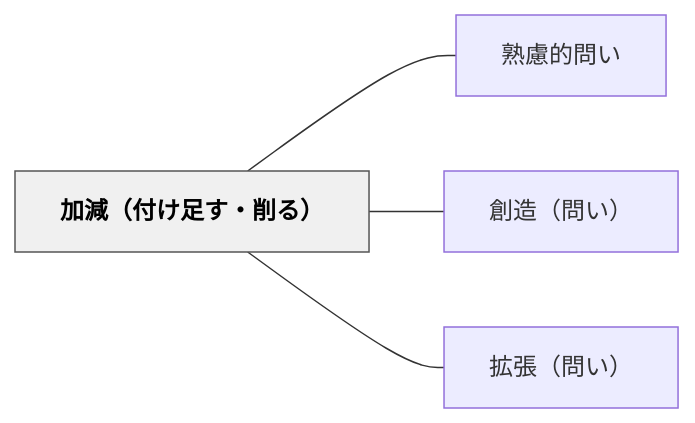
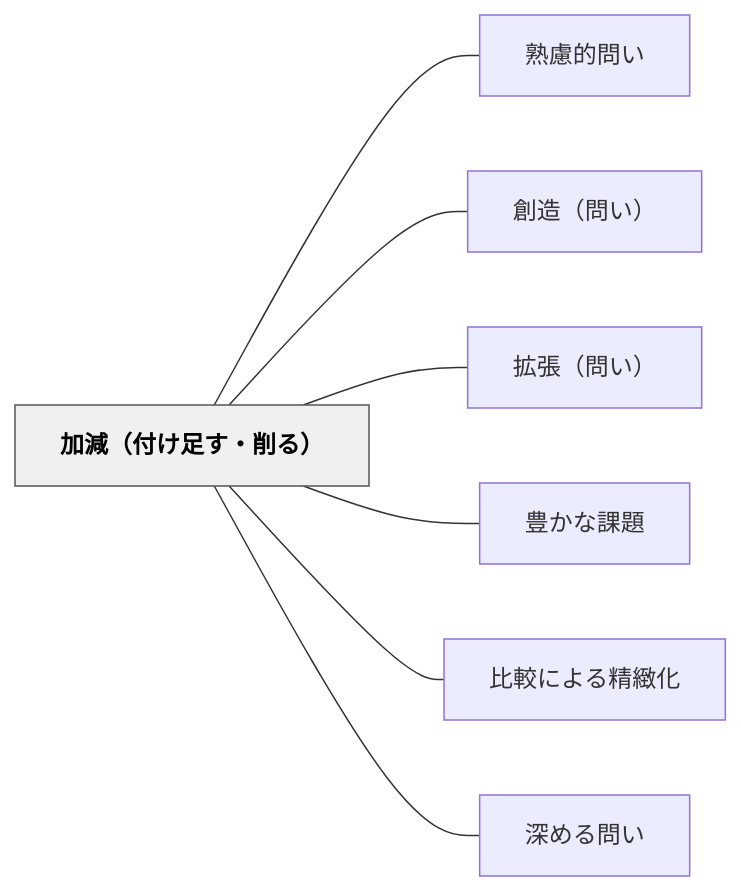
The diagram in content/パタン/加減（付け足す・削る）.md (unknownthings-ed-patterns/unknownthings-ed-patterns), drawn with Mermaid before and after one commit. The commit also changed other lines of this file and 71 other files, not shown here.

````diff
--- a/content/パタン/加減（付け足す・削る）.md
+++ b/content/パタン/加減（付け足す・削る）.md
@@ -40,14 +43,20 @@
 ```mermaid
 flowchart LR
     ne58aa0e6b89befbc88e4bb98e38191e8b6b3e38199e383bbe5898ae3828befbc89["加減（付け足す・削る）"]
     ne7869fe685aee79a84e5958fe38184["熟慮的問い"]
     ne589b5e980a0efbc88e5958fe38184efbc89["創造（問い）"]
     ne68ba1e5bcb5efbc88e5958fe38184efbc89["拡張（問い）"]
+    ne8b18ae3818be381aae8aab2e9a18c["豊かな課題"]
+    ne6af94e8bc83e381abe38288e3828be7b2bee7b7bbe58c96["比較による精緻化"]
+    ne6b7b1e38281e3828be5958fe38184["深める問い"]
 
     ne58aa0e6b89befbc88e4bb98e38191e8b6b3e38199e383bbe5898ae3828befbc89 --- ne7869fe685aee79a84e5958fe38184
     ne58aa0e6b89befbc88e4bb98e38191e8b6b3e38199e383bbe5898ae3828befbc89 --- ne589b5e980a0efbc88e5958fe38184efbc89
     ne58aa0e6b89befbc88e4bb98e38191e8b6b3e38199e383bbe5898ae3828befbc89 --- ne68ba1e5bcb5efbc88e5958fe38184efbc89
+    ne58aa0e6b89befbc88e4bb98e38191e8b6b3e38199e383bbe5898ae3828befbc89 --- ne8b18ae3818be381aae8aab2e9a18c
+    ne58aa0e6b89befbc88e4bb98e38191e8b6b3e38199e383bbe5898ae3828befbc89 --- ne6af94e8bc83e381abe38288e3828be7b2bee7b7bbe58c96
+    ne58aa0e6b89befbc88e4bb98e38191e8b6b3e38199e383bbe5898ae3828befbc89 --- ne6b7b1e38281e3828be5958fe38184
 
     classDef hub fill:#f0f0f0,stroke:#555,color:#000,font-weight:bold
     class ne58aa0e6b89befbc88e4bb98e38191e8b6b3e38199e383bbe5898ae3828befbc89 hub
 ```
````
